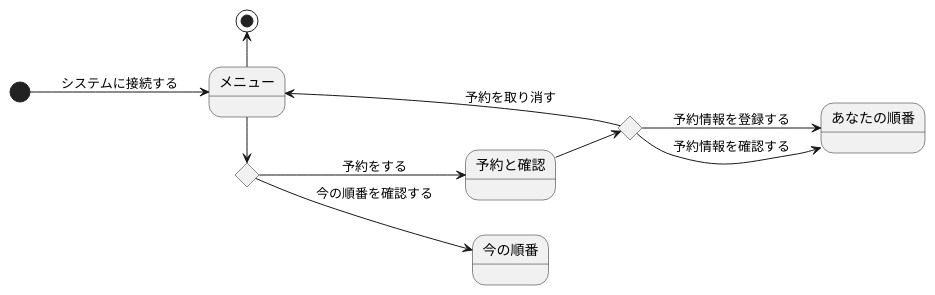
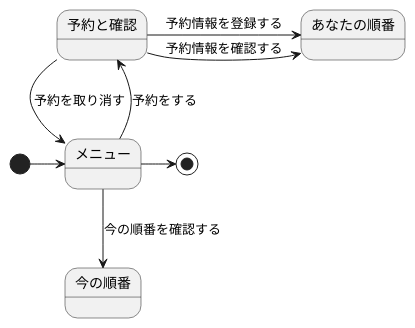
One commit to Kuya0307/unl-introduction changed the diagram in 演習６/演習6-3_ステートマシン図_診察予約システム.pu. Above: the diagram before and after it, drawn with PlantUML. The commit also changed 7 other files, not shown here.

```diff
--- a/演習６/演習6-3_ステートマシン図_診察予約システム.pu
+++ b/演習６/演習6-3_ステートマシン図_診察予約システム.pu
@@ -1,14 +1,10 @@
 @startuml ステートマシン図
-left to right direction
-    state c1 <<choice>>
-    state c2 <<choice>>
-    メニュー -> c1
-    c1 --> 予約と確認 :予約をする
-    c1 --> 今の順番 :今の順番を確認する
-    予約と確認 --> c2
-    c2 --> あなたの順番 :予約情報を登録する
-    c2 --> あなたの順番 :予約情報を確認する
-    c2 -> メニュー :予約を取り消す
-    [*] --> メニュー :システムに接続する
-    メニュー -left-> [*]
+' left to right direction
+    メニュー --> 予約と確認 :予約をする
+    メニュー --> 今の順番 :今の順番を確認する
+    予約と確認 -> あなたの順番 :予約情報を登録する
+    予約と確認 -> あなたの順番 :予約情報を確認する
+    予約と確認 -> メニュー :予約を取り消す
+    [*] -right-> メニュー
+    メニュー -right-> [*]
 @enduml
```
